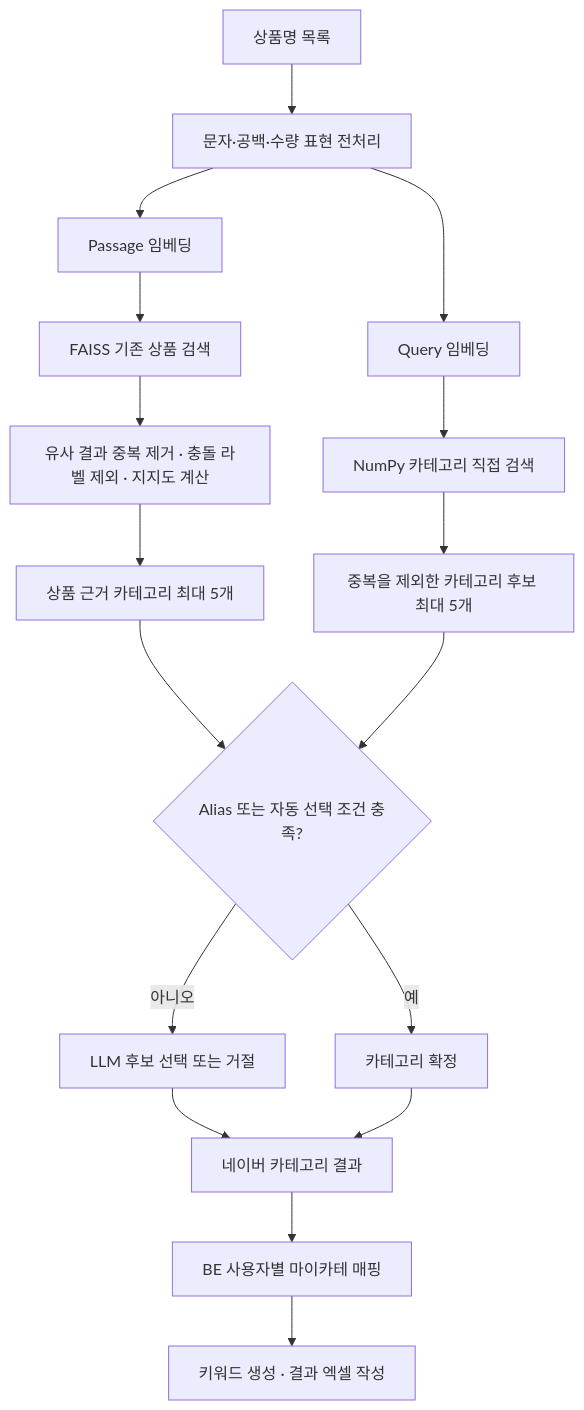
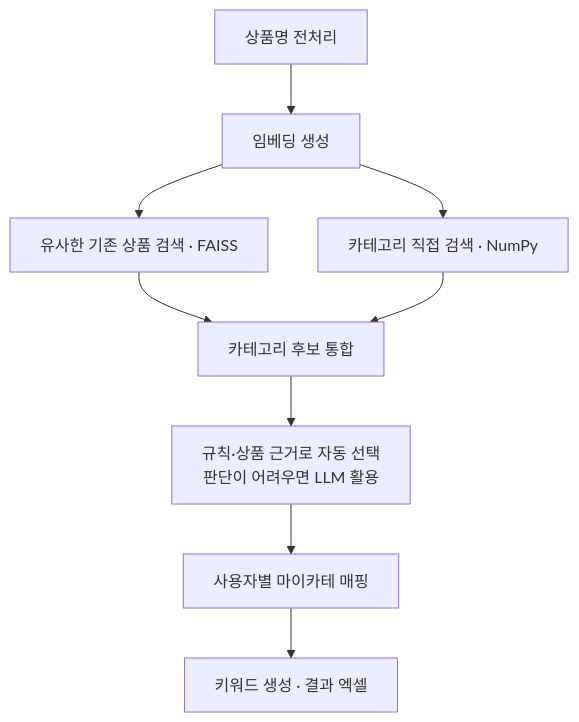
Before and after one commit to storepilot-app/be: the second of 2 diagrams in README.md, drawn with Mermaid. The commit also changed other lines of this file, not shown here.

````diff
--- a/README.md
+++ b/README.md
@@ -73,19 +75,13 @@
 ```mermaid
 flowchart TD
-    INPUT[상품명 목록] --> PRE[문자·공백·수량 표현 전처리]
-    PRE --> P[Passage 임베딩]
-    PRE --> Q[Query 임베딩]
-    P --> F[FAISS 기존 상품 검색]
-    Q --> N[NumPy 카테고리 직접 검색]
-    F --> E[유사 결과 중복 제거 · 충돌 라벨 제외 · 지지도 계산]
-    E --> C[상품 근거 카테고리 최대 5개]
-    N --> D[중복을 제외한 카테고리 후보 최대 5개]
-    C --> DECIDE{Alias 또는 자동 선택 조건 충족?}
-    D --> DECIDE
-    DECIDE -->|예| PICK[카테고리 확정]
-    DECIDE -->|아니오| LLM[LLM 후보 선택 또는 거절]
-    LLM --> RESULT[네이버 카테고리 결과]
-    PICK --> RESULT
-    RESULT --> MAP[BE 사용자별 마이카테 매핑]
-    MAP --> EXCEL[키워드 생성 · 결과 엑셀 작성]
+    INPUT["상품명 전처리"] --> EMB["임베딩 생성"]
+    EMB --> PRODUCT["유사한 기존 상품 검색 · FAISS"]
+    EMB --> CATEGORY["카테고리 직접 검색 · NumPy"]
+
+    PRODUCT --> CANDIDATES["카테고리 후보 통합"]
+    CATEGORY --> CANDIDATES
+
+    CANDIDATES --> SELECT["규칙·상품 근거로 자동 선택<br/>판단이 어려우면 LLM 활용"]
+    SELECT --> MAPPING["사용자별 마이카테 매핑"]
+    MAPPING --> OUTPUT["키워드 생성 · 결과 엑셀"]
 ```
````
